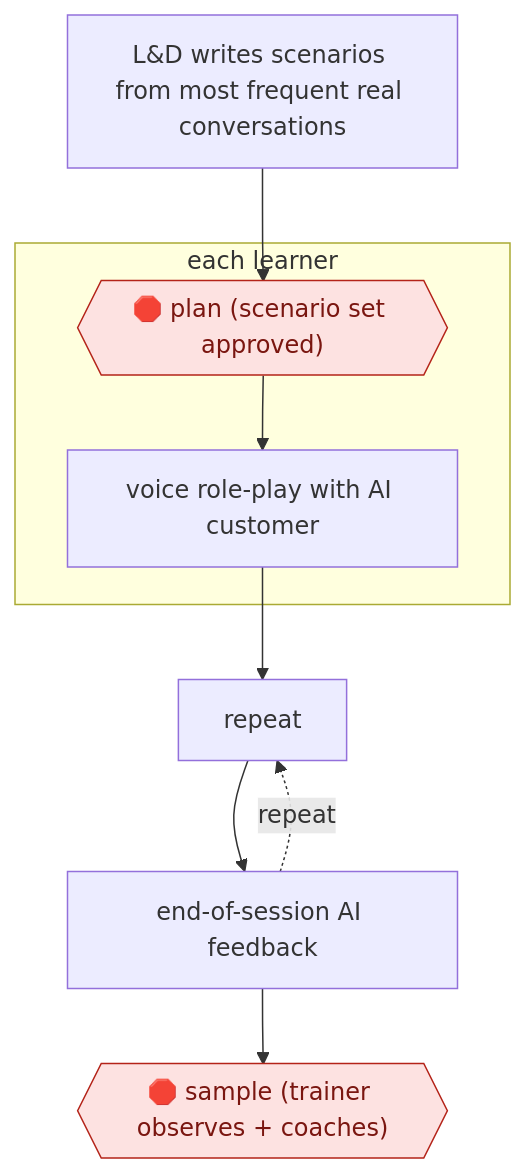
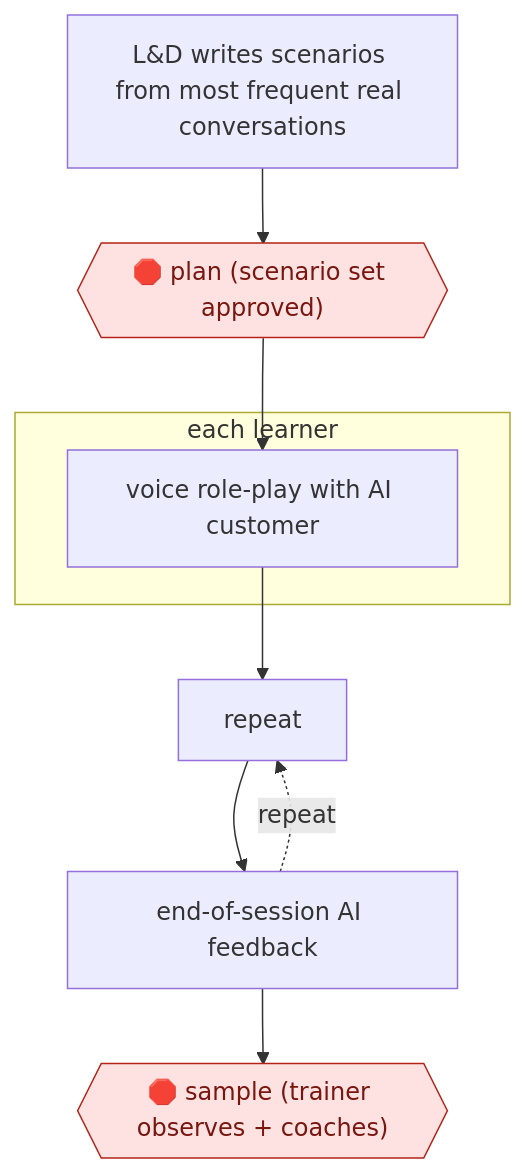
The diagram in workflows/PRO/EDU/LND/ai-role-play-practice/README.md (milesradford99/agent-workflow-atlas), drawn with Mermaid before and after one commit. The commit also changed other lines of this file and 171 other files, not shown here.

````diff
--- a/workflows/PRO/EDU/LND/ai-role-play-practice/README.md
+++ b/workflows/PRO/EDU/LND/ai-role-play-practice/README.md
@@ -31,18 +31,18 @@
 ```mermaid
 flowchart TD
   n1["L&D writes scenarios from most frequent real conversations"]
   n2{{"🛑 plan (scenario set approved)"}}:::stop
-  n1 --> n2
   subgraph s3["each learner"]
   n4["voice role-play with AI customer"]
-  n2 --> n4
   end
   n5["repeat"]
+  n6["end-of-session AI feedback"]
+  n7{{"🛑 sample (trainer observes + coaches)"}}:::stop
+  n1 --> n2
+  n2 --> n4
   n4 --> n5
-  n6["end-of-session AI feedback"]
   n5 --> n6
   n6 -.->|repeat| n5
-  n7{{"🛑 sample (trainer observes + coaches)"}}:::stop
   n6 --> n7
   classDef stop fill:#fde2e1,stroke:#b42318,color:#7a1610
 ```
````
